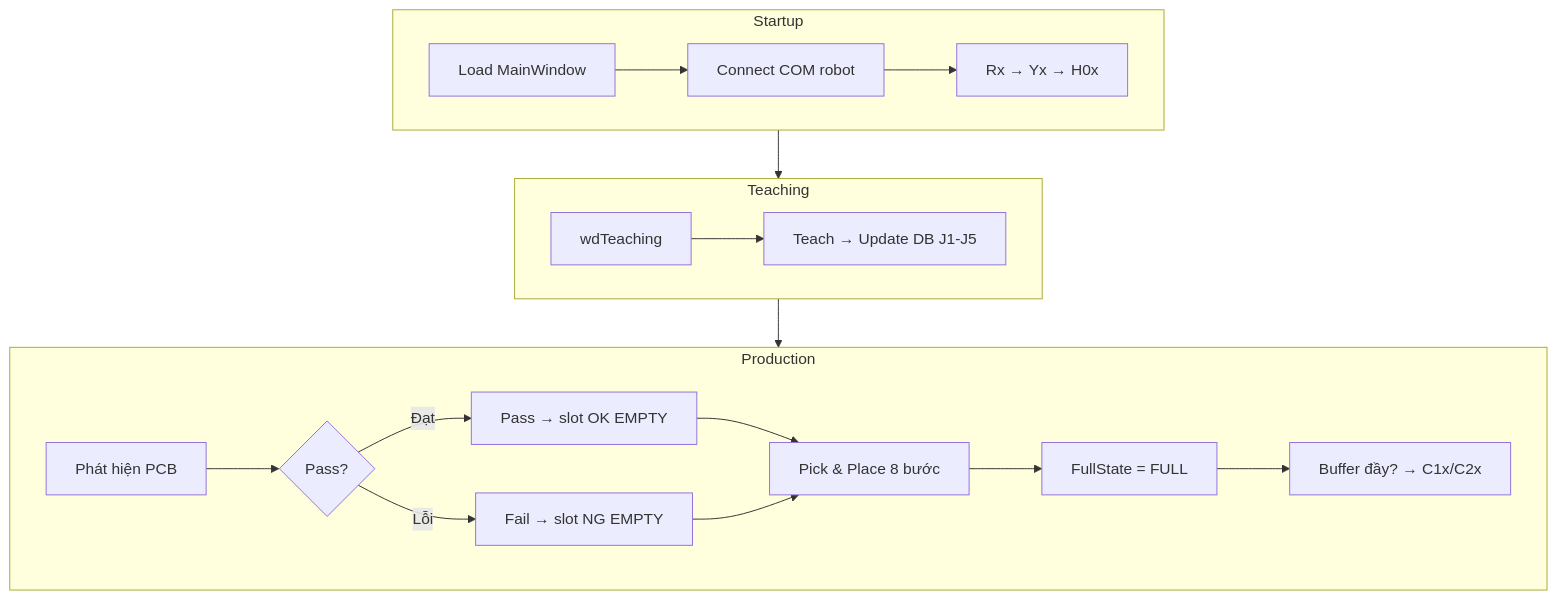
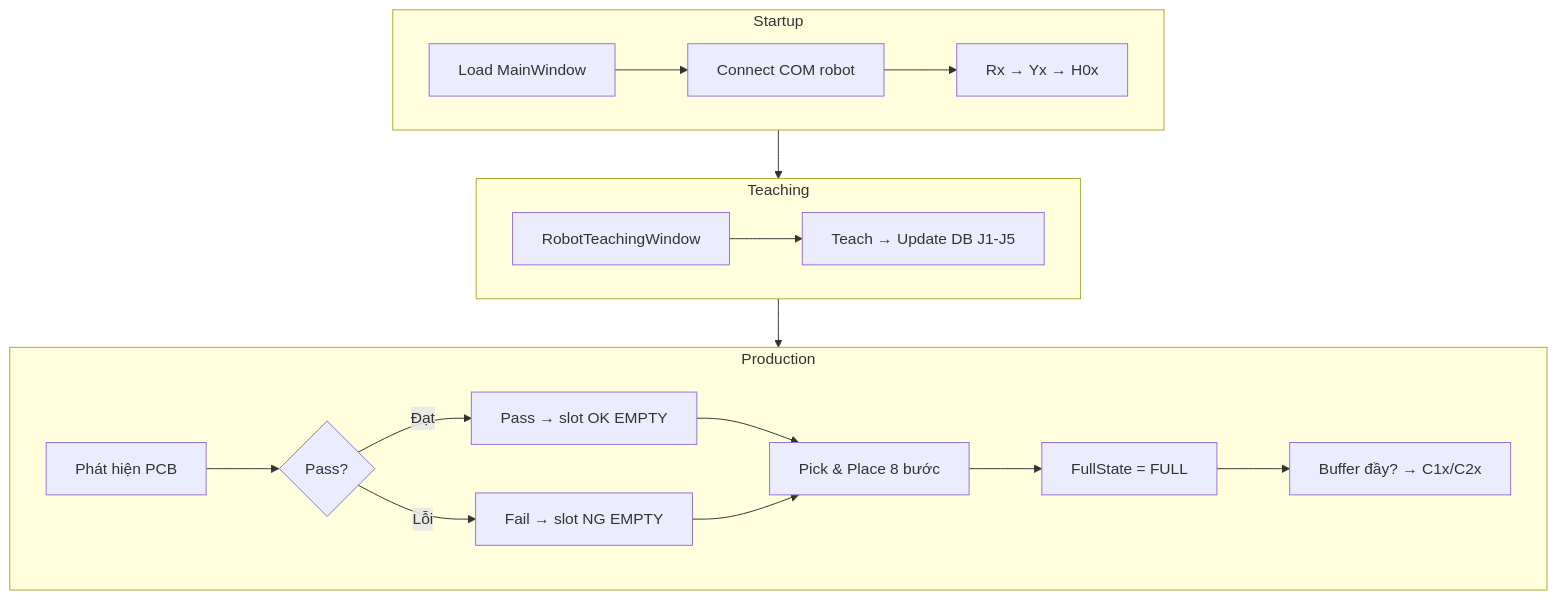
Before and after one commit to cmsang/haui: the fourth of 4 diagrams in Haui.PCB/docs/ROBOT_WORKFLOW.md, drawn with Mermaid. The commit also changed other lines of this file and 34 other files, not shown here.

````diff
--- a/Haui.PCB/docs/ROBOT_WORKFLOW.md
+++ b/Haui.PCB/docs/ROBOT_WORKFLOW.md
@@ -258,32 +258,32 @@
 ```mermaid
 flowchart TB
     subgraph Startup
         S1[Load MainWindow]
         S2[Connect COM robot]
         S3[Rx → Yx → H0x]
         S1 --> S2 --> S3
     end
 
     subgraph Teaching
-        T1[wdTeaching]
+        T1[RobotTeachingWindow]
         T2[Teach → Update DB J1-J5]
         T1 --> T2
     end
 
     subgraph Production
         P1[Phát hiện PCB]
         P2{Pass?}
         P3[Pass → slot OK EMPTY]
         P4[Fail → slot NG EMPTY]
         P5[Pick & Place 8 bước]
         P6[FullState = FULL]
         P7[Buffer đầy? → C1x/C2x]
         P1 --> P2
         P2 -->|Đạt| P3 --> P5
         P2 -->|Lỗi| P4 --> P5
         P5 --> P6 --> P7
     end
 
     Startup --> Teaching
     Teaching --> Production
 ```
````
